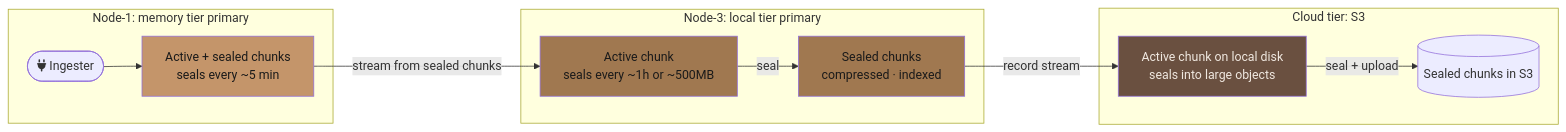
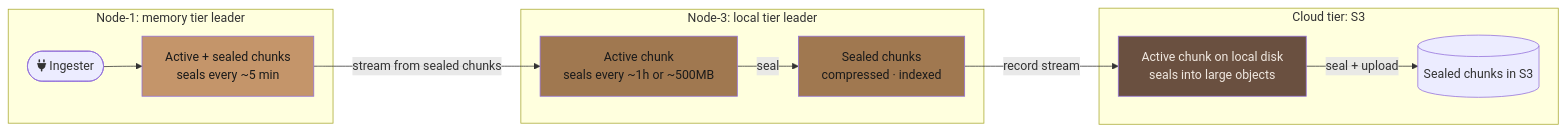
Before and after one commit to kluzzebass/gastrolog: the fifth of 5 diagrams in docs/vision.md, drawn with Mermaid. The commit also changed other lines of this file, not shown here.

First line of the commit message:
docs: update vision doc — leader/follower nomenclature, resolve Raft design question

````diff
--- a/docs/vision.md
+++ b/docs/vision.md
@@ -300,23 +293,23 @@
 ```mermaid
 flowchart LR
-    subgraph node1mem [Node-1: memory tier primary]
+    subgraph node1mem [Node-1: memory tier leader]
         I([fa:fa-plug Ingester]) --> MT[Active + sealed chunks<br/>seals every ~5 min]
     end
 
     MT -->|stream from sealed chunks| LT
 
-    subgraph node3local [Node-3: local tier primary]
+    subgraph node3local [Node-3: local tier leader]
         LT[Active chunk<br/>seals every ~1h or ~500MB] -->|seal| LTS[Sealed chunks<br/>compressed · indexed]
     end
 
     LTS -->|record stream| CT
 
     subgraph clouds3 [Cloud tier: S3]
         CT[Active chunk on local disk<br/>seals into large objects] -->|seal + upload| CTS[(Sealed chunks in S3)]
     end
 
     style MT fill:#c4956a,color:#1a1a1a
     style LT fill:#a07850,color:#1a1a1a
     style LTS fill:#a07850,color:#1a1a1a
     style CT fill:#6a5040,color:#f0e8e0
 ```
````
